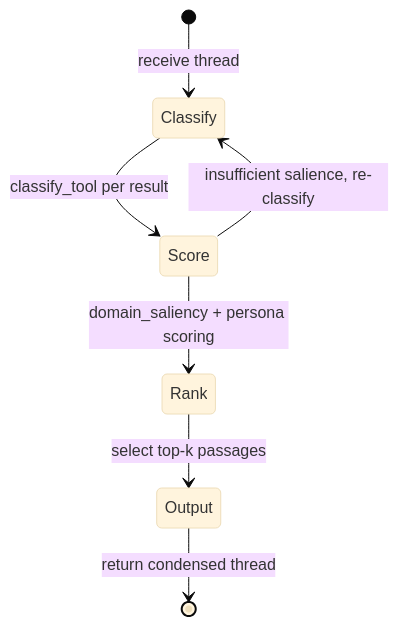
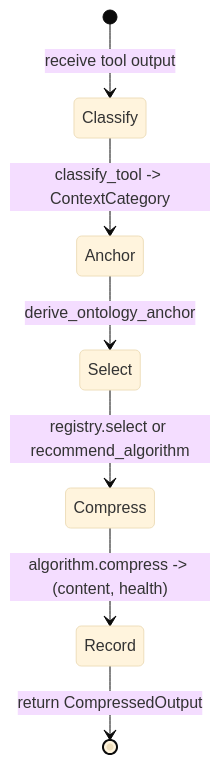
Before and after one commit to mdz-axo/zed-kask: the diagram in kask/docs/diataxis/hkask-condenser/explanation.md, drawn with Mermaid (base theme). The commit also changed other lines of this file and 33 other files, not shown here.

````diff
--- a/kask/docs/diataxis/hkask-condenser/explanation.md
+++ b/kask/docs/diataxis/hkask-condenser/explanation.md
@@ -40,9 +45,9 @@
 ```mermaid
 stateDiagram-v2
-    [*] --> Classify: receive thread
-    Classify --> Score: classify_tool per result
-    Score --> Rank: domain_saliency + persona scoring
-    Rank --> Output: select top-k passages
-    Output --> [*]: return condensed thread
-    Score --> Classify: insufficient salience, re-classify
+    [*] --> Classify: receive tool output
+    Classify --> Anchor: classify_tool -> ContextCategory
+    Anchor --> Select: derive_ontology_anchor
+    Select --> Compress: registry.select or recommend_algorithm
+    Compress --> Record: algorithm.compress -> (content, health)
+    Record --> [*]: return CompressedOutput
 ```
````
